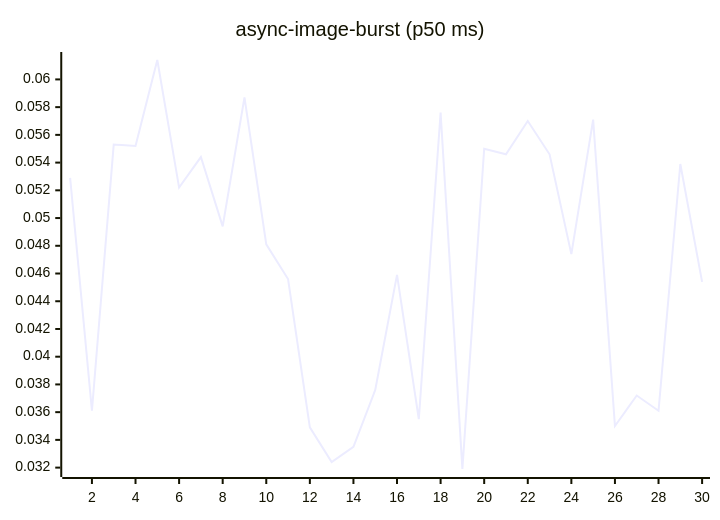
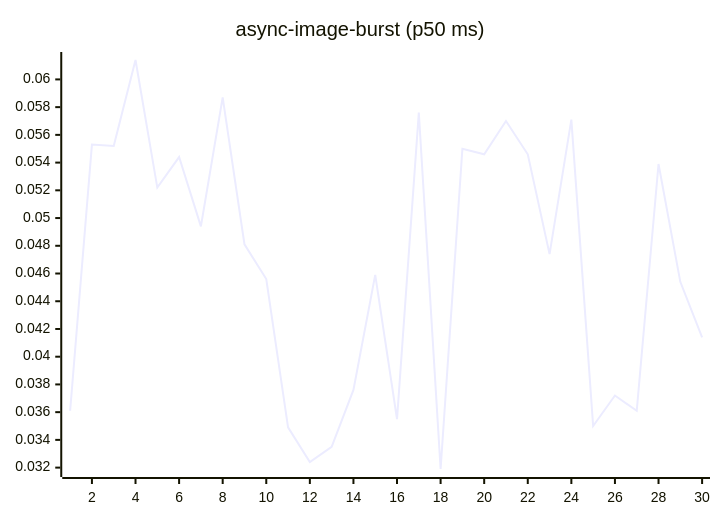
One commit to josha/Facet changed the fourth of 27 diagrams in README.md. Above: the diagram before and after it, drawn with Mermaid. The commit also changed other lines of this file and 2 other files, not shown here.

````diff
--- a/README.md
+++ b/README.md
@@ -84,6 +84,6 @@
 ```mermaid
 xychart-beta
     title "async-image-burst (p50 ms)"
     x-axis 1 --> 30
-    line [0.0529, 0.0361, 0.0553, 0.0552, 0.0614, 0.0522, 0.0544, 0.0494, 0.0587, 0.0481, 0.0456, 0.0349, 0.0324, 0.0335, 0.0376, 0.0459, 0.0355, 0.0576, 0.0319, 0.0550, 0.0546, 0.0570, 0.0546, 0.0474, 0.0571, 0.0350, 0.0372, 0.0361, 0.0539, 0.0454]
+    line [0.0361, 0.0553, 0.0552, 0.0614, 0.0522, 0.0544, 0.0494, 0.0587, 0.0481, 0.0456, 0.0349, 0.0324, 0.0335, 0.0376, 0.0459, 0.0355, 0.0576, 0.0319, 0.0550, 0.0546, 0.0570, 0.0546, 0.0474, 0.0571, 0.0350, 0.0372, 0.0361, 0.0539, 0.0454, 0.0414]
 ```
````
